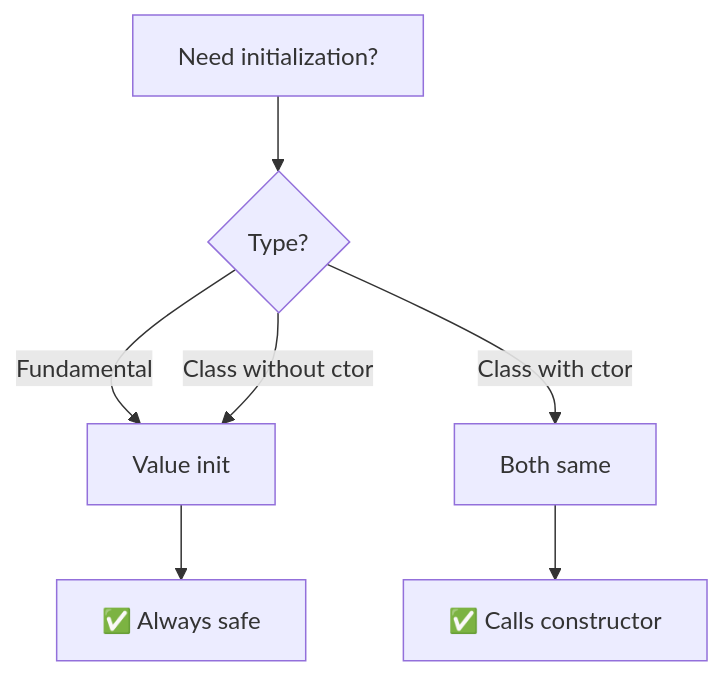
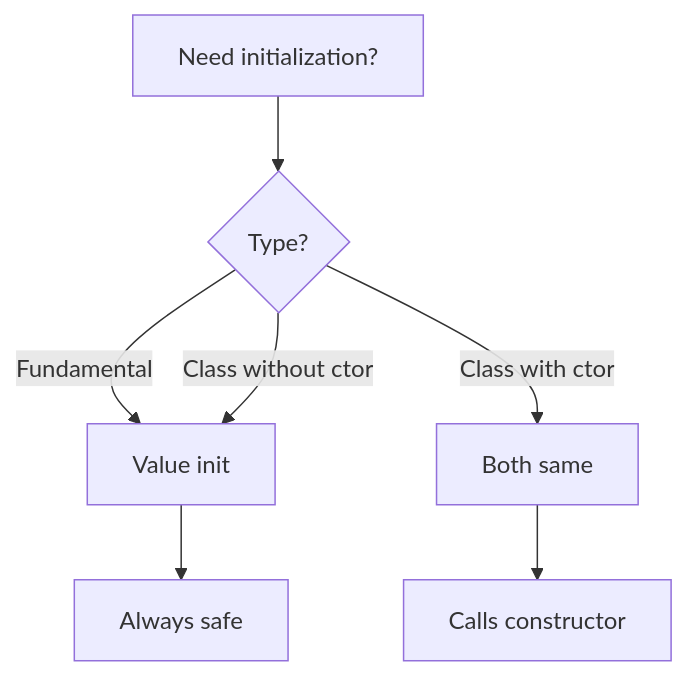
The diagram in docs/programming/cpp/05-memory-and-object-lifetime/initialization/value-initialization.md (AndriiSonsiadlo/knowledge-base), drawn with Mermaid before and after one commit. The commit also changed other lines of this file and 12 other files, not shown here.

````diff
--- a/docs/programming/cpp/05-memory-and-object-lifetime/initialization/value-initialization.md
+++ b/docs/programming/cpp/05-memory-and-object-lifetime/initialization/value-initialization.md
@@ -147,11 +147,11 @@
 ```mermaid
 graph TD
     A[Need initialization?] --> B{Type?}
     
     B -->|Fundamental| C[Value init]
     B -->|Class with ctor| D[Both same]
     B -->|Class without ctor| C
     
-    C --> E["✅ Always safe"]
-    D --> F["✅ Calls constructor"]
+    C --> E["Always safe"]
+    D --> F["Calls constructor"]
 ```
````
